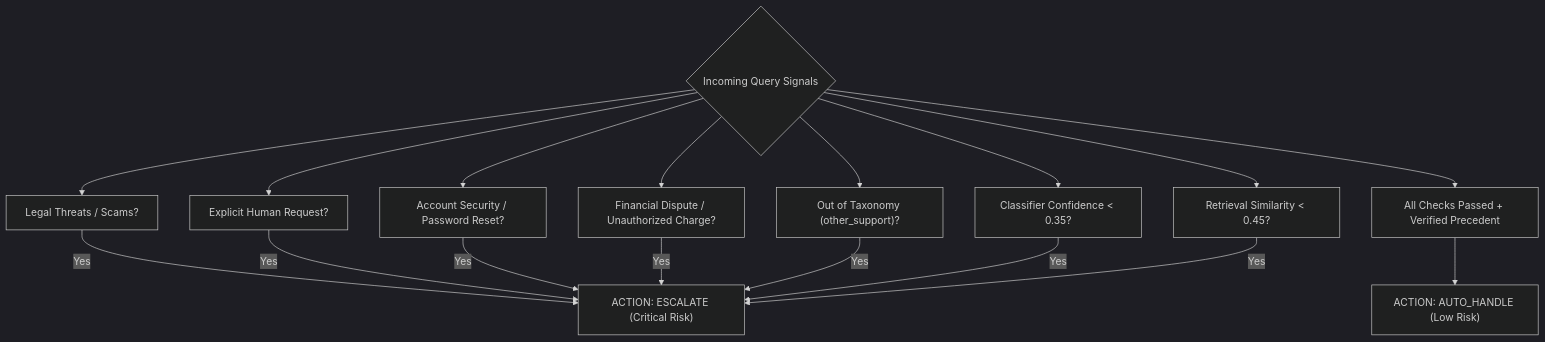
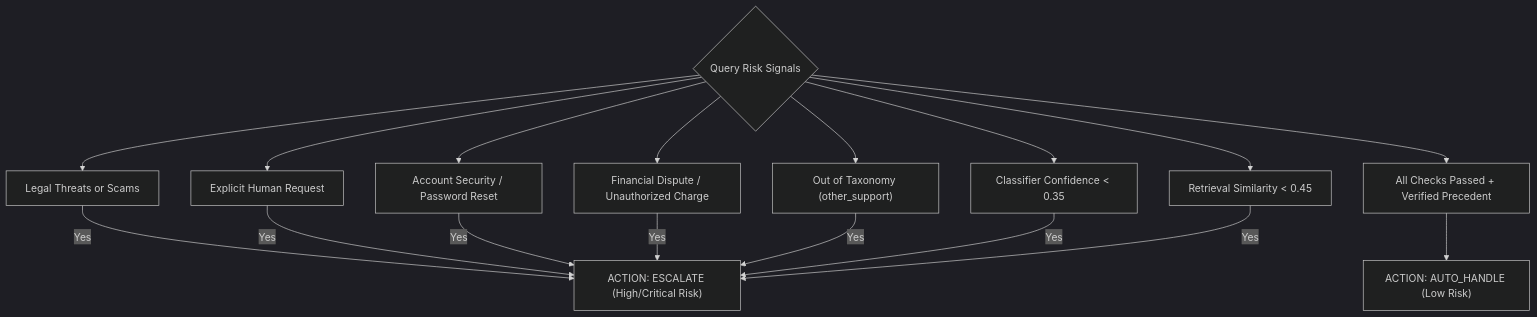
The second of 2 diagrams in README.md (vinnu112p/Hiver), drawn with Mermaid (dark theme) before and after one commit. The commit also changed other lines of this file and 2 other files, not shown here.

````diff
--- a/README.md
+++ b/README.md
@@ -252,21 +245,21 @@
 ```mermaid
 graph TD
-    Trigger{"Incoming Query Signals"} --> C1["Legal Threats / Scams?"]
-    Trigger --> C2["Explicit Human Request?"]
-    Trigger --> C3["Account Security / Password Reset?"]
-    Trigger --> C4["Financial Dispute / Unauthorized Charge?"]
-    Trigger --> C5["Out of Taxonomy (other_support)?"]
-    Trigger --> C6["Classifier Confidence < 0.35?"]
-    Trigger --> C7["Retrieval Similarity < 0.45?"]
+    Trigger{"Query Risk Signals"} --> C1["Legal Threats or Scams"]
+    Trigger --> C2["Explicit Human Request"]
+    Trigger --> C3["Account Security / Password Reset"]
+    Trigger --> C4["Financial Dispute / Unauthorized Charge"]
+    Trigger --> C5["Out of Taxonomy (other_support)"]
+    Trigger --> C6["Classifier Confidence < 0.35"]
+    Trigger --> C7["Retrieval Similarity < 0.45"]
 
-    C1 -->|Yes| ESC["ACTION: ESCALATE (Critical Risk)"]
+    C1 -->|Yes| ESC["ACTION: ESCALATE (High/Critical Risk)"]
     C2 -->|Yes| ESC
     C3 -->|Yes| ESC
     C4 -->|Yes| ESC
     C5 -->|Yes| ESC
     C6 -->|Yes| ESC
     C7 -->|Yes| ESC
 
     Trigger --> C8["All Checks Passed + Verified Precedent"]
     C8 --> AUTO["ACTION: AUTO_HANDLE (Low Risk)"]
 ```
````
